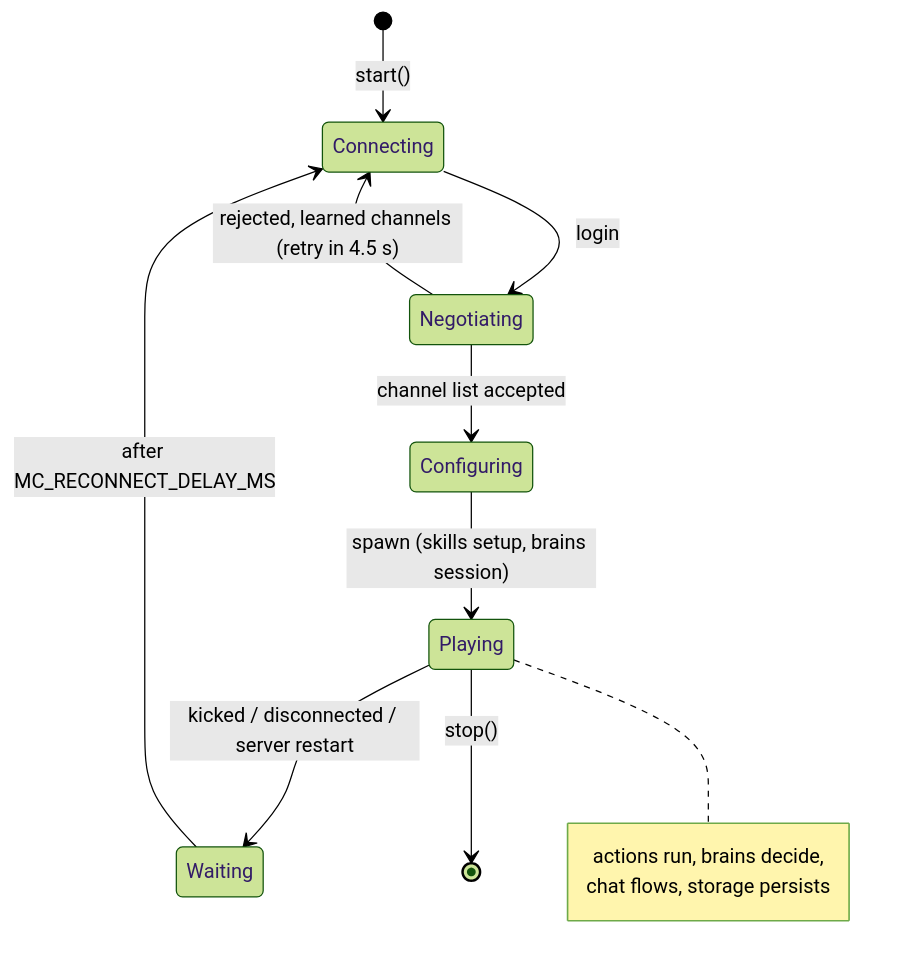
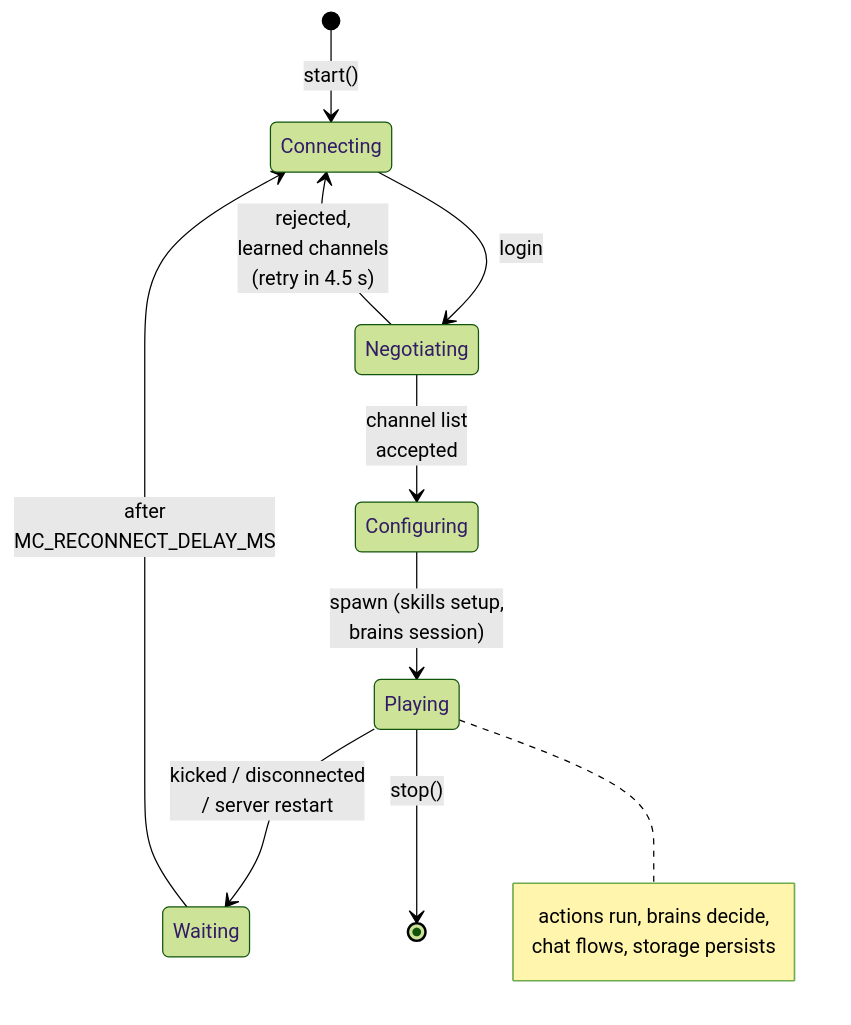
Before and after one commit to thereisnotime/golemkit: the third of 4 diagrams in docs/concepts/architecture.md, drawn with Mermaid (forest theme). The commit also changed other lines of this file and 20 other files, not shown here.

First line of the commit message:
Docs: replace the last ASCII diagrams with mermaid, make wide charts top-down to fit the column

````diff
--- a/docs/concepts/architecture.md
+++ b/docs/concepts/architecture.md
@@ -86,15 +85,15 @@
 ```mermaid
 stateDiagram-v2
   [*] --> Connecting: start()
   Connecting --> Negotiating: login
-  Negotiating --> Connecting: rejected, learned channels (retry in 4.5 s)
-  Negotiating --> Configuring: channel list accepted
-  Configuring --> Playing: spawn (skills setup, brains session)
-  Playing --> Waiting: kicked / disconnected / server restart
-  Waiting --> Connecting: after MC_RECONNECT_DELAY_MS
+  Negotiating --> Connecting: rejected,<br/>learned channels<br/>(retry in 4.5 s)
+  Negotiating --> Configuring: channel list<br/>accepted
+  Configuring --> Playing: spawn (skills setup,<br/>brains session)
+  Playing --> Waiting: kicked / disconnected<br/>/ server restart
+  Waiting --> Connecting: after<br/>MC_RECONNECT_DELAY_MS
   Playing --> [*]: stop()
   note right of Playing
     actions run, brains decide,
     chat flows, storage persists
   end note
 ```
````
